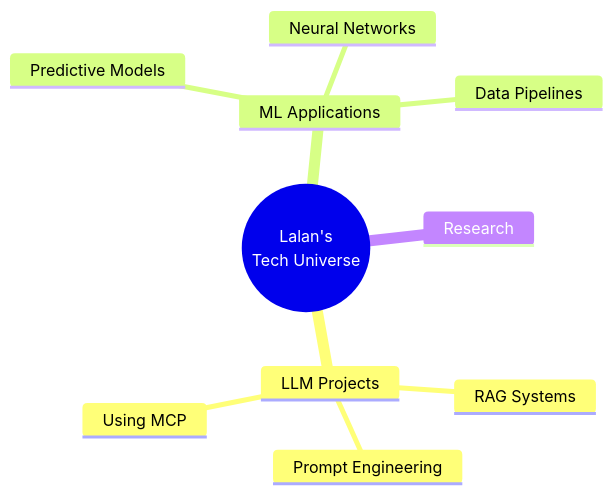
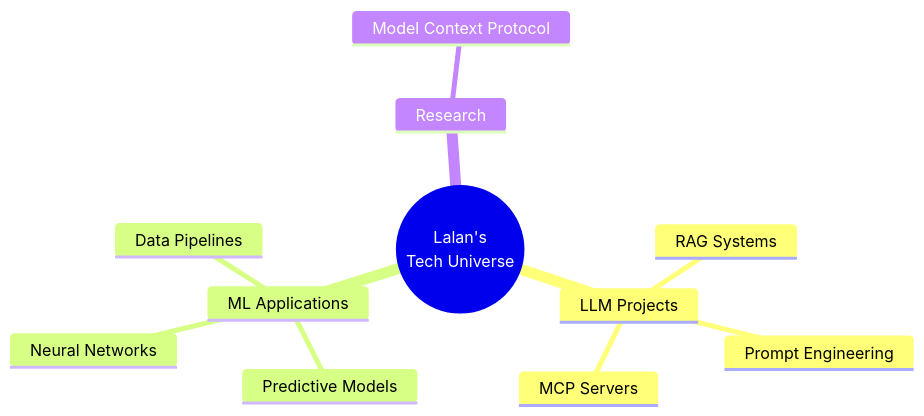
The diagram in README.md (hihihi-svg/hihihi-svg), drawn with Mermaid before and after one commit. The commit also changed other lines of this file, not shown here.

````diff
--- a/README.md
+++ b/README.md
@@ -111,13 +119,14 @@
 ```mermaid
 mindmap
   root((Lalan's<br/>Tech Universe))
     LLM Projects
       RAG Systems
       Prompt Engineering
-      Using MCP
+      MCP Servers
     ML Applications
       Predictive Models
       Neural Networks
       Data Pipelines
     Research
+      Model Context Protocol
 ```
````
